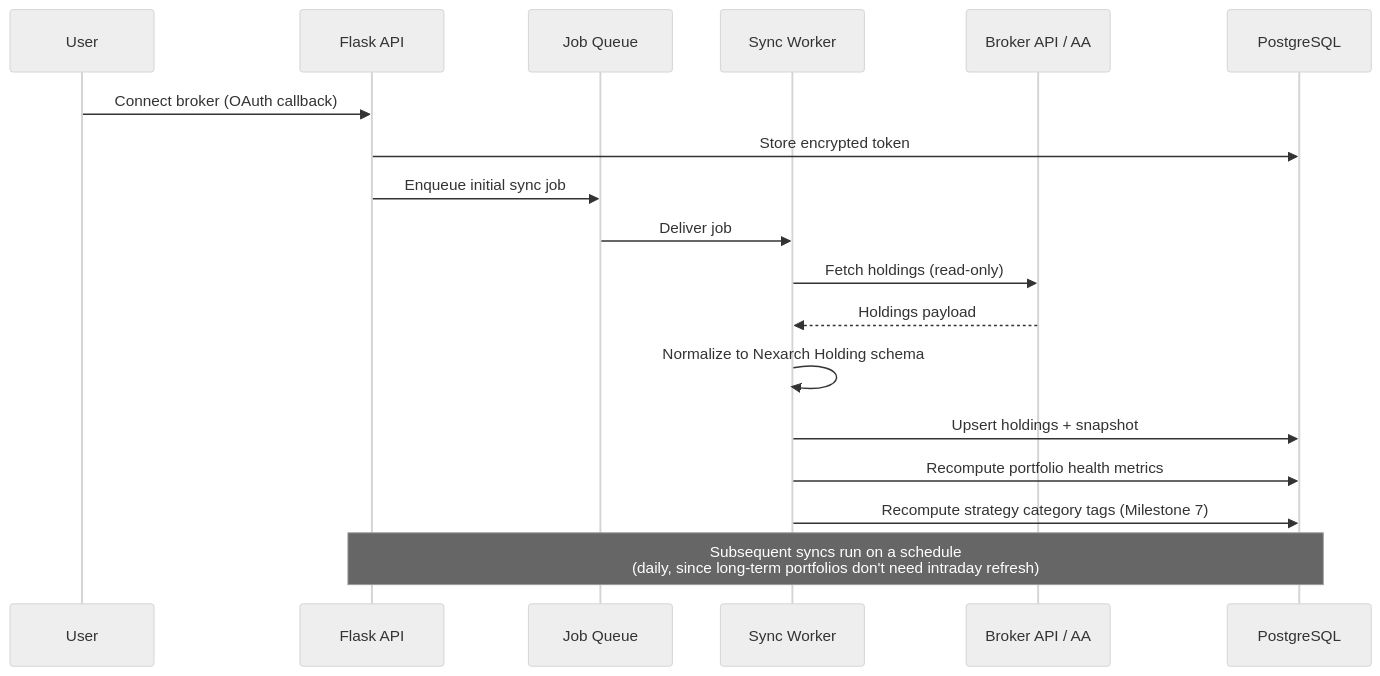
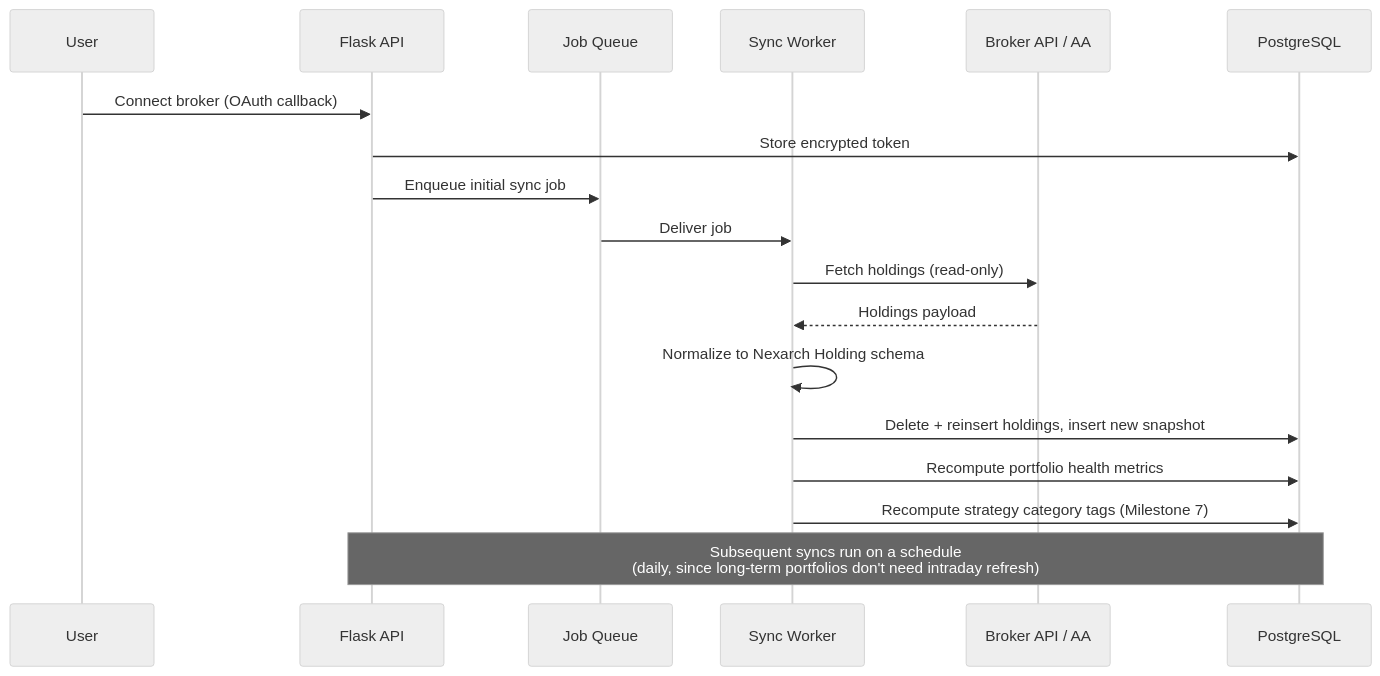
Before and after one commit to ChandanSurya96/Nexarch-project: the second of 2 diagrams in docs/architecture.md, drawn with Mermaid (neutral theme). The commit also changed other lines of this file and 42 other files, not shown here.

````diff
--- a/docs/architecture.md
+++ b/docs/architecture.md
@@ -70,21 +70,21 @@
 ```mermaid
 sequenceDiagram
     participant U as User
     participant API as Flask API
     participant Q as Job Queue
     participant W as Sync Worker
     participant SRC as Broker API / AA
     participant DB as PostgreSQL
 
     U->>API: Connect broker (OAuth callback)
     API->>DB: Store encrypted token
     API->>Q: Enqueue initial sync job
     Q->>W: Deliver job
     W->>SRC: Fetch holdings (read-only)
     SRC-->>W: Holdings payload
     W->>W: Normalize to Nexarch Holding schema
-    W->>DB: Upsert holdings + snapshot
+    W->>DB: Delete + reinsert holdings, insert new snapshot
     W->>DB: Recompute portfolio health metrics
     W->>DB: Recompute strategy category tags (Milestone 7)
     Note over API,DB: Subsequent syncs run on a schedule<br/>(daily, since long-term portfolios don't need intraday refresh)
 ```
````
